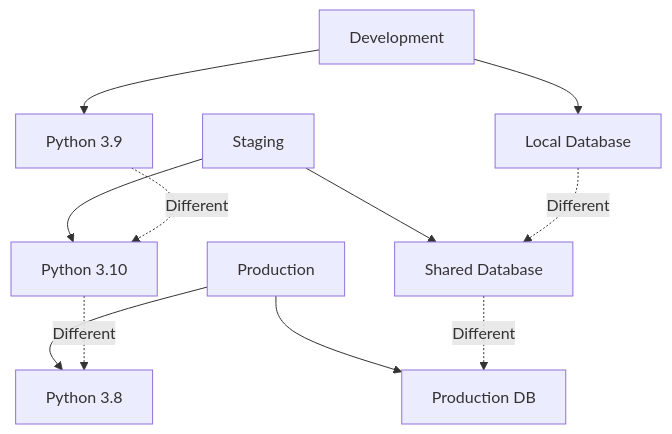
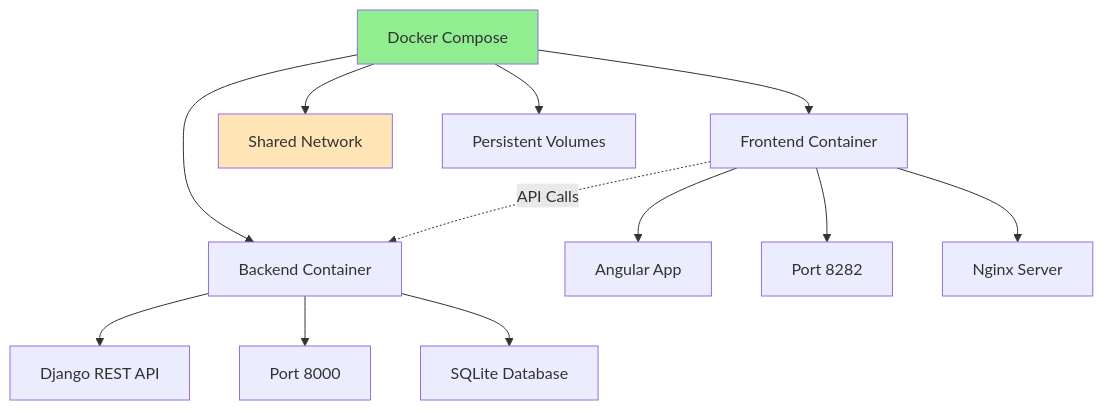
The first of 9 diagrams in docs/projects/conduit-container.md (4gh0rn/dev-blog), drawn with Mermaid before and after one commit. The commit also changed other lines of this file and 17 other files, not shown here.

````diff
--- a/docs/projects/conduit-container.md
+++ b/docs/projects/conduit-container.md
@@ -45,16 +50,20 @@
 ```mermaid
 graph TB
-    A[Development] --> A1[Python 3.9]
-    A --> A2[Local Database]
+    A[Docker Compose] --> B[Backend Container]
+    A --> C[Frontend Container]
+    A --> D[Shared Network]
+    A --> E[Persistent Volumes]
     
-    B[Staging] --> B1[Python 3.10]
-    B --> B2[Shared Database]
+    B --> B1[Django REST API]
+    B --> B2[Port 8000]
+    B --> B3[SQLite Database]
     
-    C[Production] --> C1[Python 3.8]
-    C --> C2[Production DB]
+    C --> C1[Angular App]
+    C --> C2[Port 8282]
+    C --> C3[Nginx Server]
     
-    A1 -.->|Different| B1
-    B1 -.->|Different| C1
-    A2 -.->|Different| B2
-    B2 -.->|Different| C2
+    C -.->|API Calls| B
+    
+    style A fill:#90EE90
+    style D fill:#FFE4B5
 ```
````
